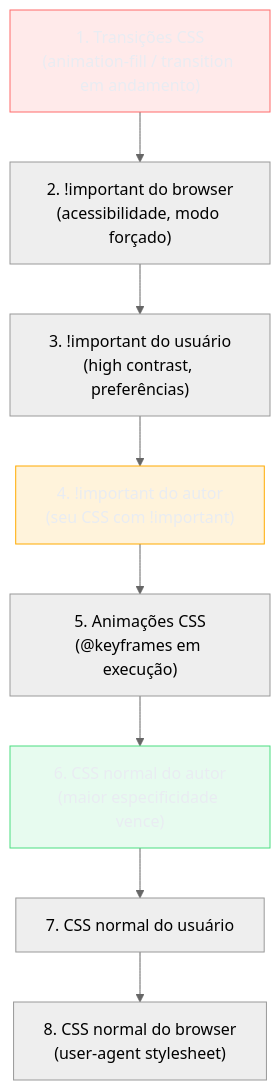
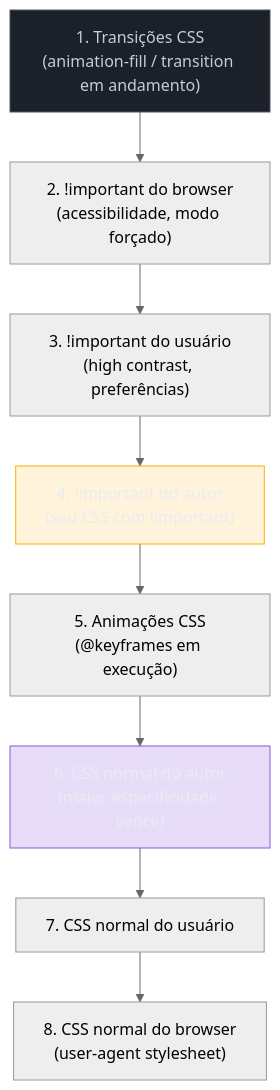
The first of 2 diagrams in 03-Dominios/Tecnologia/CSS/05 - Especificidade, cascade e layer.md (josenaldo/codex-technomanticus), drawn with Mermaid (neutral theme) before and after one commit. The commit also changed 601 other files, not shown here.

````diff
--- a/03-Dominios/Tecnologia/CSS/05 - Especificidade, cascade e layer.md
+++ b/03-Dominios/Tecnologia/CSS/05 - Especificidade, cascade e layer.md
@@ -28,19 +28,19 @@
 ```mermaid
 flowchart TD
-    classDef falha fill:#FF6B6B24,stroke:#FF6B6B,color:#E9ECF2
+    classDef marca fill:#8855DF33,stroke:#8855DF,color:#E9ECF2
+    classDef neutro fill:#1B2029,stroke:#4E5666,color:#C6CCD8
     classDef destaque fill:#FFAA0024,stroke:#FFAA00,color:#E9ECF2
-    classDef ok fill:#4ADE8021,stroke:#4ADE80,color:#E9ECF2
     A["1. Transições CSS\n(animation-fill / transition em andamento)"]
     B["2. !important do browser\n(acessibilidade, modo forçado)"]
     C["3. !important do usuário\n(high contrast, preferências)"]
     D["4. !important do autor\n(seu CSS com !important)"]
     E["5. Animações CSS\n(@keyframes em execução)"]
     F["6. CSS normal do autor\n(maior especificidade vence)"]
     G["7. CSS normal do usuário"]
     H["8. CSS normal do browser\n(user-agent stylesheet)"]
 
     A --> B --> C --> D --> E --> F --> G --> H
-    class A falha
+    class A neutro
     class D destaque
-    class F ok
+    class F marca
 ```
````
